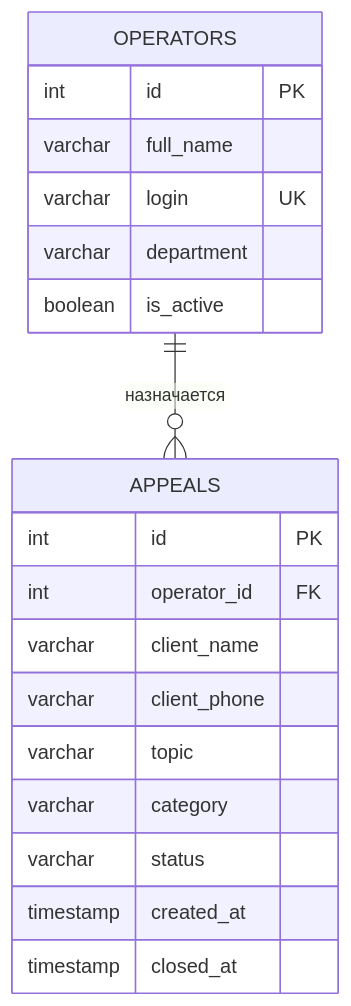
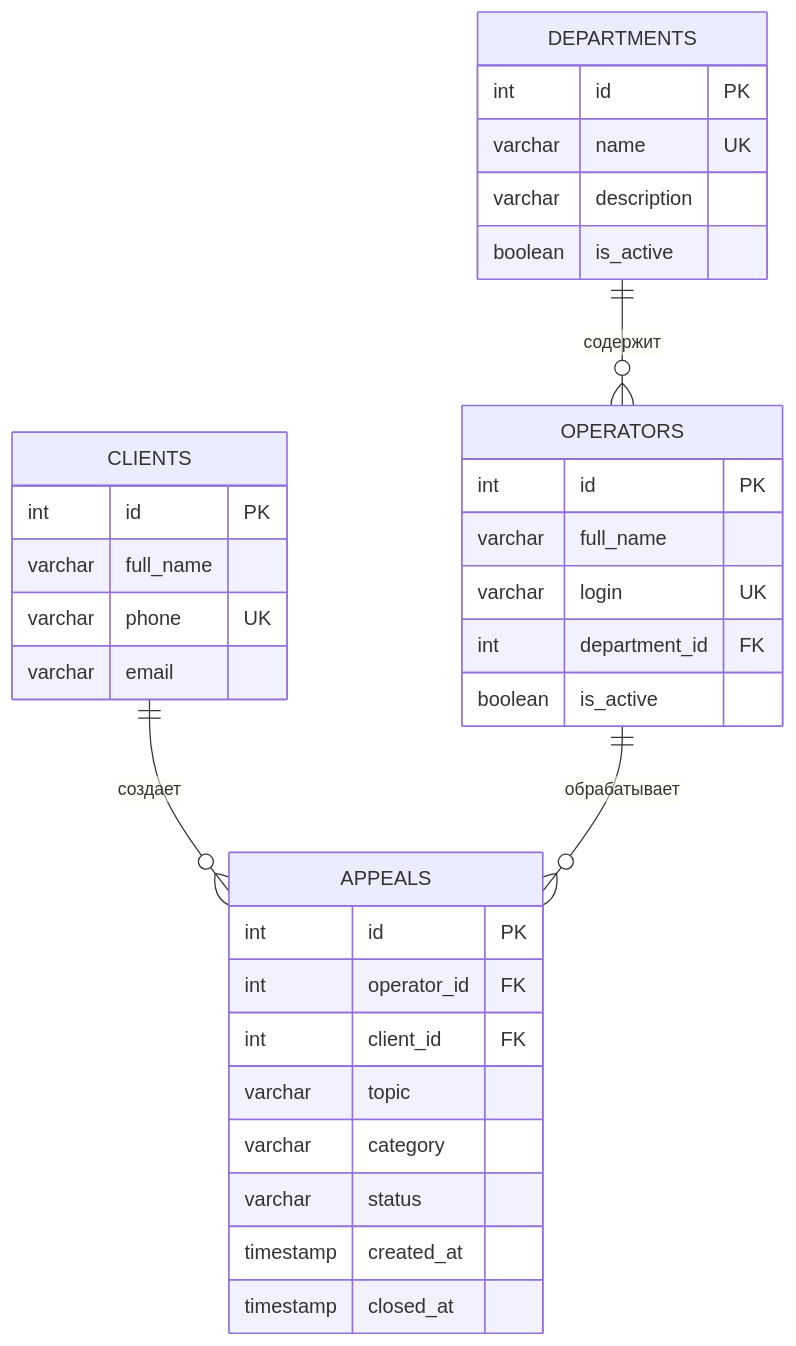
Before and after one commit to nizi52/ru_Mirea_call-center: the diagram in README.md, drawn with Mermaid. The commit also changed other lines of this file and 21 other files, not shown here.

````diff
--- a/README.md
+++ b/README.md
@@ -47,22 +60,35 @@
 ```mermaid
 erDiagram
-    OPERATORS ||--o{ APPEALS : "назначается"
+    DEPARTMENTS ||--o{ OPERATORS : "содержит"
+    CLIENTS ||--o{ APPEALS : "создает"
+    OPERATORS ||--o{ APPEALS : "обрабатывает"
+    DEPARTMENTS {
+        int id PK
+        varchar name UK
+        varchar description
+        boolean is_active
+    }
     OPERATORS {
         int id PK
         varchar full_name
         varchar login UK
-        varchar department
+        int department_id FK
         boolean is_active
+    }
+    CLIENTS {
+        int id PK
+        varchar full_name
+        varchar phone UK
+        varchar email
     }
     APPEALS {
         int id PK
         int operator_id FK
-        varchar client_name
-        varchar client_phone
+        int client_id FK
         varchar topic
         varchar category
         varchar status
         timestamp created_at
         timestamp closed_at
     }
 ```
````
